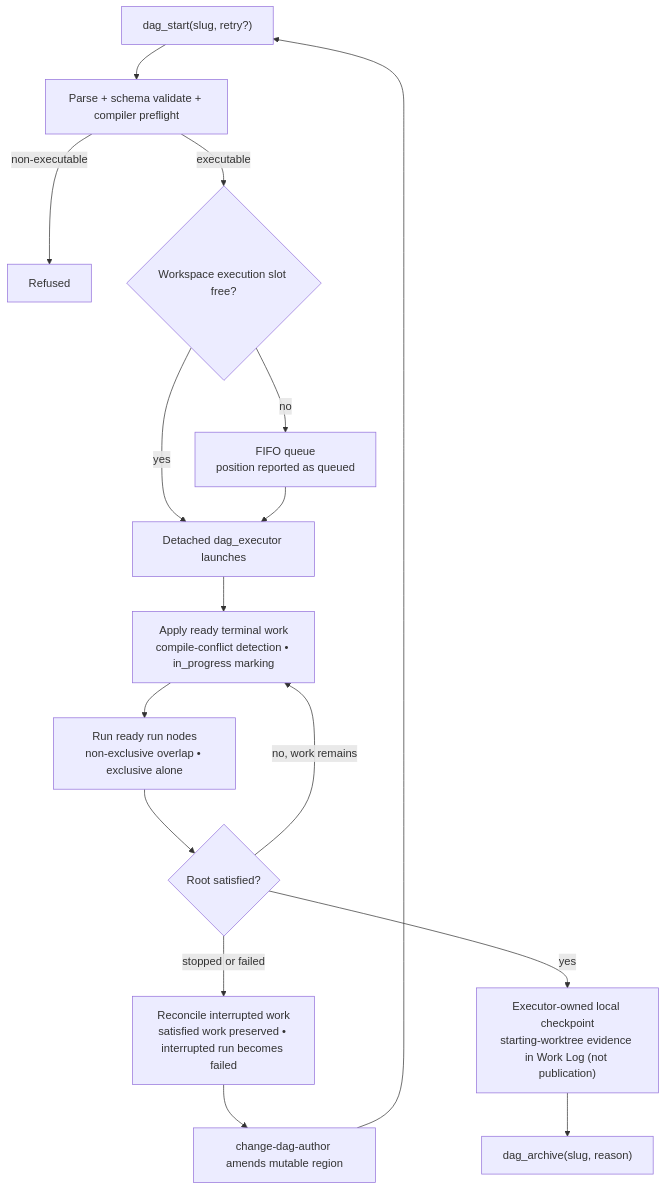
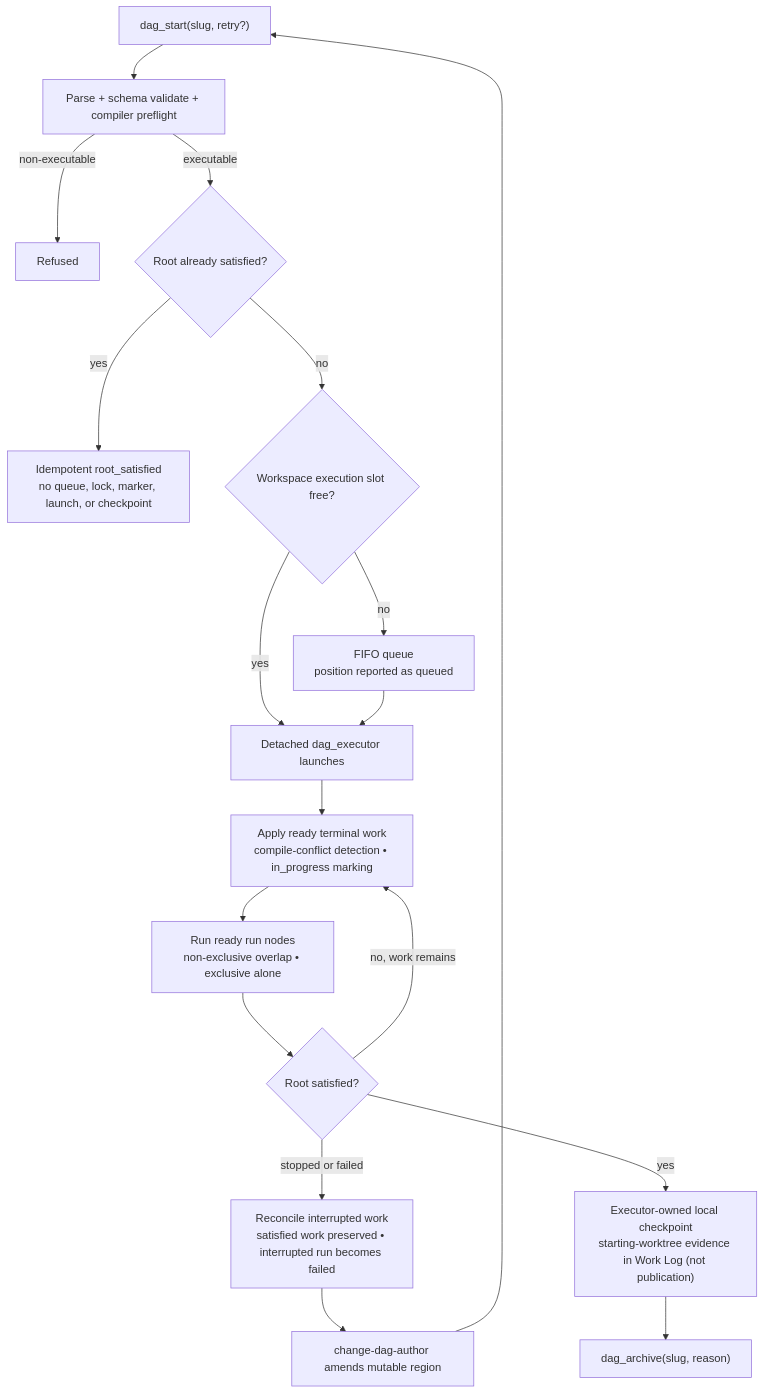
The second of 2 diagrams in docs/architecture/change-dag-lifecycle.md (xiaden/SkyScow), drawn with Mermaid before and after one commit. The commit also changed other lines of this file and 3 other files, not shown here.

First line of the commit message:
fix(change-dag): idempotent dag_start for an already-satisfied pending DAG

````diff
--- a/docs/architecture/change-dag-lifecycle.md
+++ b/docs/architecture/change-dag-lifecycle.md
@@ -41,21 +41,23 @@
 ```mermaid
 flowchart TD
     START["dag_start(slug, retry?)"] --> PF["Parse + schema validate + compiler preflight"]
     PF -->|non-executable| REFUSE["Refused"]
-    PF -->|executable| SLOT{"Workspace execution slot free?"}
+    PF -->|executable| SAT{"Root already satisfied?"}
+    SAT -->|yes| DONE["Idempotent root_satisfied<br/>no queue, lock, marker, launch, or checkpoint"]
+    SAT -->|no| SLOT{"Workspace execution slot free?"}
 
     SLOT -->|no| Q["FIFO queue<br/>position reported as queued"]
     SLOT -->|yes| RUN["Detached dag_executor launches"]
     Q --> RUN
 
     RUN --> APPLY["Apply ready terminal work<br/>compile-conflict detection • in_progress marking"]
     APPLY --> RUNS["Run ready run nodes<br/>non-exclusive overlap • exclusive alone"]
     RUNS --> STATE{"Root satisfied?"}
     STATE -->|no, work remains| APPLY
     STATE -->|stopped or failed| REC["Reconcile interrupted work<br/>satisfied work preserved • interrupted run becomes failed"]
     STATE -->|yes| CKPT["Executor-owned local checkpoint<br/>starting-worktree evidence in Work Log (not publication)"]
 
     REC --> AMEND["change-dag-author amends mutable region"]
     AMEND --> START
     CKPT --> ARCH["dag_archive(slug, reason)"]
 ```
````
